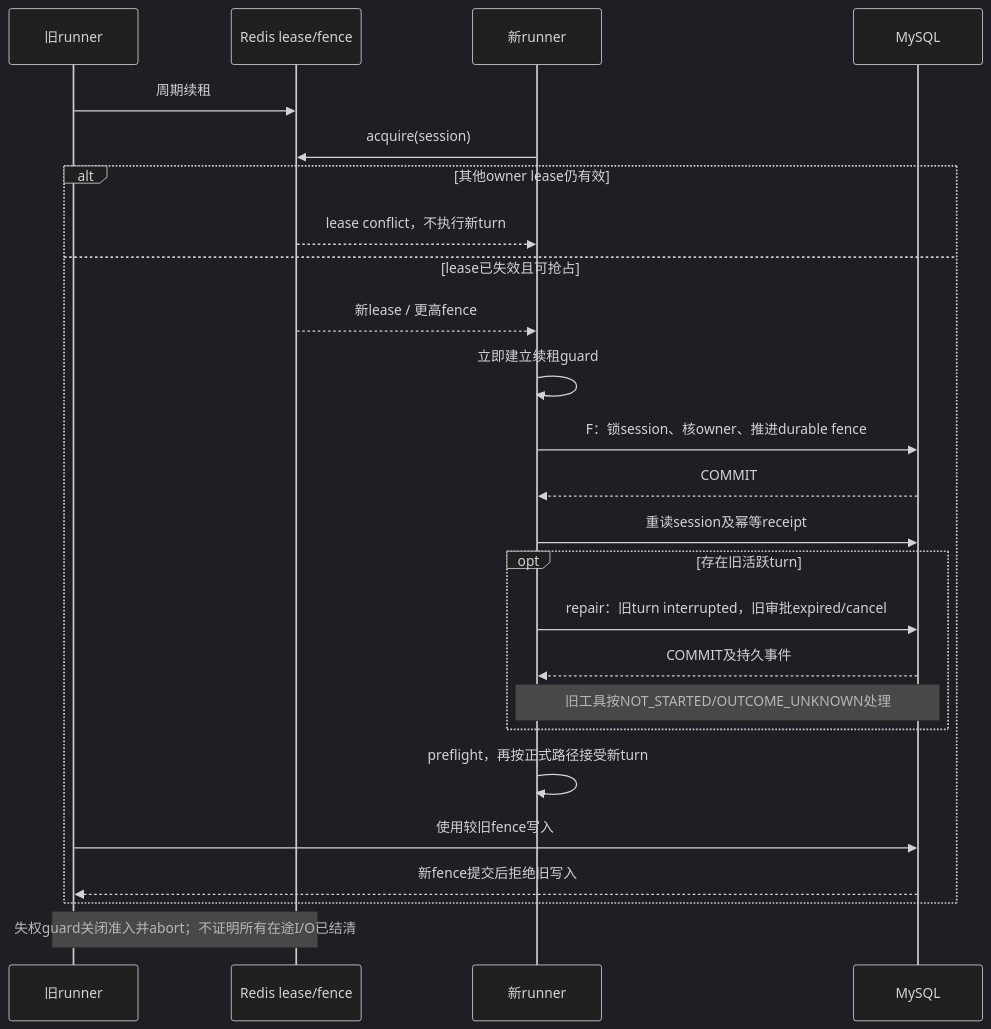
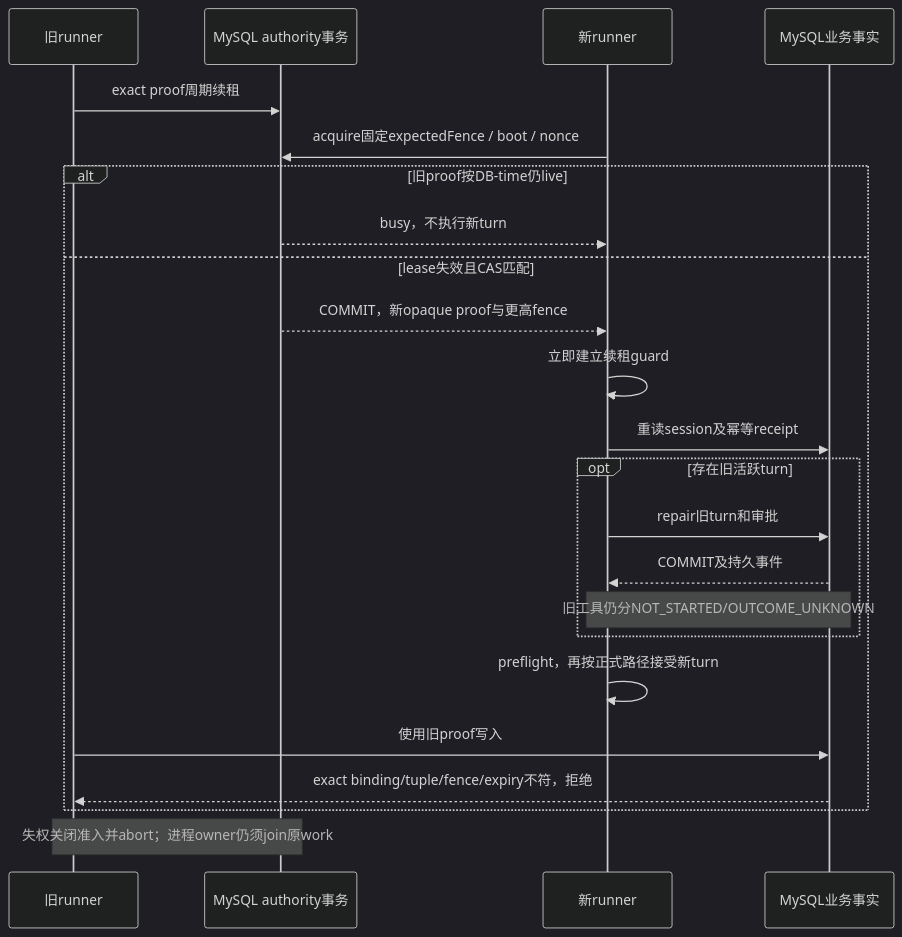
Before and after one commit to zhgqwx-del/agent-service: the fourth of 9 diagrams in docs/design/00-architecture.md, drawn with Mermaid (dark theme). The commit also changed other lines of this file and 274 other files, not shown here.

First line of the commit message:
feat: bind live session authority to MySQL and settle native shutdown

````diff
--- a/docs/design/00-architecture.md
+++ b/docs/design/00-architecture.md
@@ -681,27 +682,25 @@
 ```mermaid
 sequenceDiagram
   participant O as 旧runner
-  participant L as Redis lease/fence
+  participant L as MySQL authority事务
   participant N as 新runner
-  participant D as MySQL
-  O->>L: 周期续租
-  N->>L: acquire(session)
-  alt 其他owner lease仍有效
-    L-->>N: lease conflict，不执行新turn
-  else lease已失效且可抢占
-    L-->>N: 新lease / 更高fence
+  participant D as MySQL业务事实
+  O->>L: exact proof周期续租
+  N->>L: acquire固定expectedFence / boot / nonce
+  alt 旧proof按DB-time仍live
+    L-->>N: busy，不执行新turn
+  else lease失效且CAS匹配
+    L-->>N: COMMIT，新opaque proof与更高fence
     N->>N: 立即建立续租guard
-    N->>D: F：锁session、核owner、推进durable fence
-    D-->>N: COMMIT
     N->>D: 重读session及幂等receipt
     opt 存在旧活跃turn
-      N->>D: repair：旧turn interrupted，旧审批expired/cancel
+      N->>D: repair旧turn和审批
       D-->>N: COMMIT及持久事件
-      Note over N,D: 旧工具按NOT_STARTED/OUTCOME_UNKNOWN处理
+      Note over N,D: 旧工具仍分NOT_STARTED/OUTCOME_UNKNOWN
     end
     N->>N: preflight，再按正式路径接受新turn
-    O->>D: 使用较旧fence写入
-    D-->>O: 新fence提交后拒绝旧写入
+    O->>D: 使用旧proof写入
+    D-->>O: exact binding/tuple/fence/expiry不符，拒绝
   end
-  Note over O,L: 失权guard关闭准入并abort；不证明所有在途I/O已结清
+  Note over O,L: 失权关闭准入并abort；进程owner仍须join原work
 ```
````
